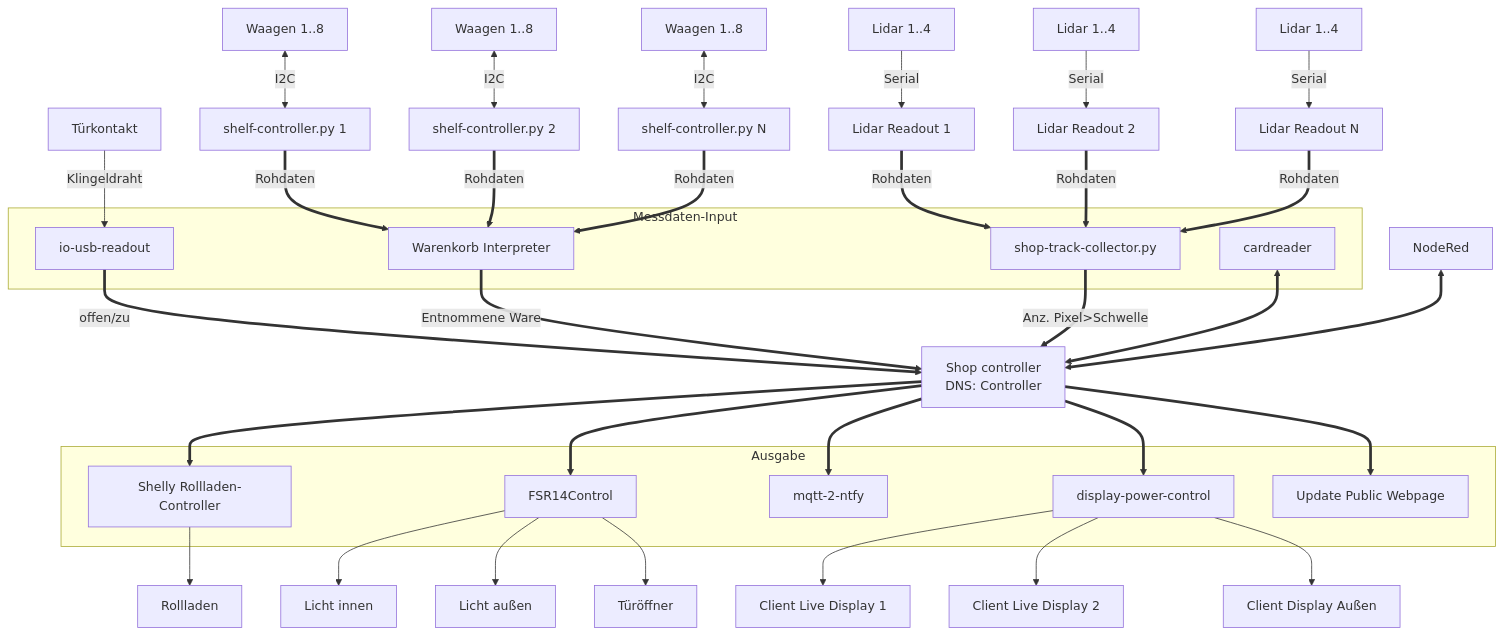
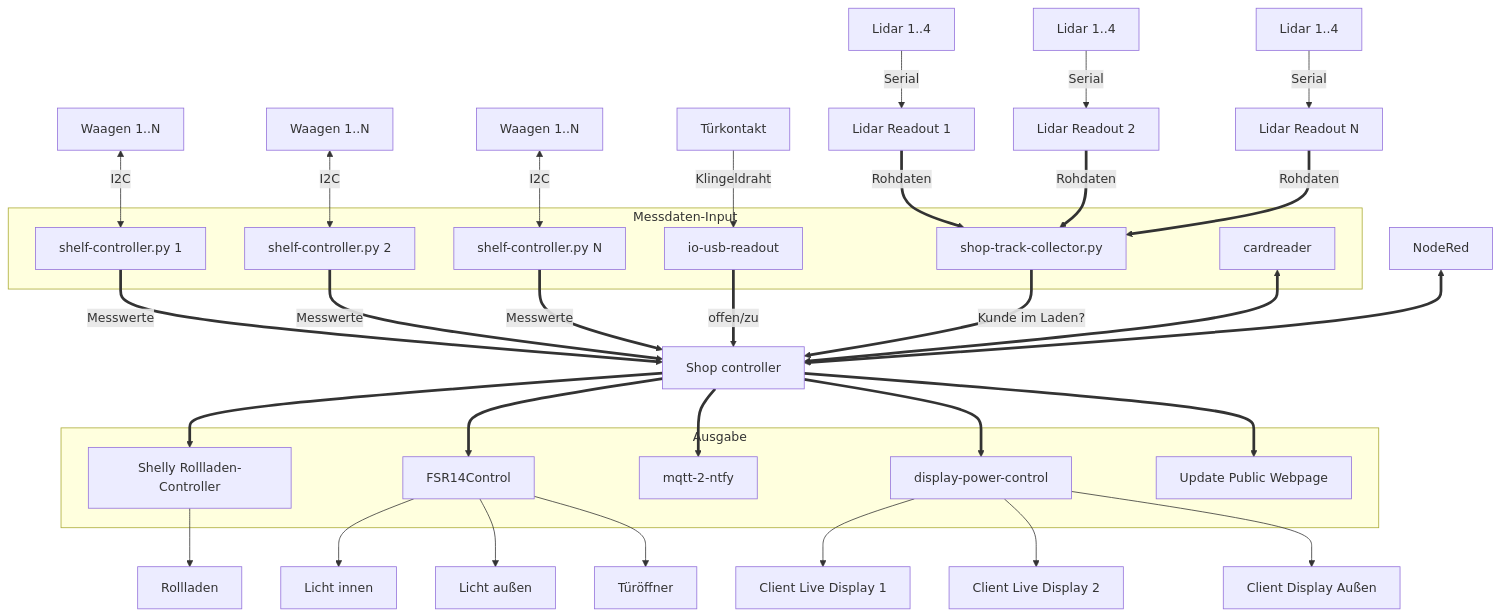
Before and after one commit to pbotte/zeitlos: the diagram in MQTT_Overview.md, drawn with Mermaid.

Commit message:
Doku erweitert

````diff
--- a/MQTT_Overview.md
+++ b/MQTT_Overview.md
@@ -1,69 +1,70 @@
 ```mermaid
 graph TD
-  W1["Waagen 1..8"] <--> |I2C| WC1
-  W2["Waagen 1..8"] <--> |I2C| WC2
-  W3["Waagen 1..8"] <--> |I2C| WCN
-  WC1["shelf-controller.py 1"] ==> |Rohdaten| WI
-  WC2["shelf-controller.py 2"] ==> |Rohdaten| WI
-  WCN["shelf-controller.py N"] ==> |Rohdaten| WI
+  W1["Waagen 1..N"] <--> |I2C| WC1
+  W2["Waagen 1..N"] <--> |I2C| WC2
+  W3["Waagen 1..N"] <--> |I2C| WCN
+
+  WC1["shelf-controller.py 1"] ==> |Messwerte| SC
+  WC2["shelf-controller.py 2"] ==> |Messwerte| SC
+  WCN["shelf-controller.py N"] ==> |Messwerte| SC
 
   L1["Lidar 1..4"] --> |Serial| ST1
   L2["Lidar 1..4"] --> |Serial| ST2
   LN["Lidar 1..4"] --> |Serial| STN
 
   ST1["Lidar Readout 1"] ==> |Rohdaten| STI
   ST2["Lidar Readout 2"] ==> |Rohdaten| STI
   STN["Lidar Readout N"] ==> |Rohdaten| STI
 
   Türkontakt --> |Klingeldraht| IOR
 
-  SC["Shop controller\nDNS: Controller"]
-
+  SC["Shop controller"]
 
 subgraph Messdaten-Input
-  WI["Warenkorb Interpreter"]
+  WC1
+  WC2
+  WCN
   cardreader
   STI["shop-track-collector.py"]
   IOR["io-usb-readout"]
 end
 
 subgraph Ausgabe
   FSR["FSR14Control"]
   DPC["display-power-control"]
 
   MN["mqtt-2-ntfy"]
 
   Shelly["Shelly Rollladen-Controller"]
 
   UW["Update Public Webpage"]
 end
 
   SC ==> Shelly --> Rollladen
  
   IOR ==> |offen/zu| SC
 
   DPC --> CD1
   DPC --> CD2
   DPC --> CDA
 
   CD1["Client Live Display 1"]
   CD2["Client Live Display 2"]
   CDA["Client Display Außen"]
 
   FSR --> LI["Licht innen"]
   FSR --> LA["Licht außen"]
   FSR --> Türöffner
 
-  WI ==> |Entnommene Ware| SC
-  STI ==> |Anz. Pixel>Schwelle| SC
+  STI ==> |Kunde im Laden?| SC
   cardreader <==> SC
 
   SC ==> FSR
   SC ==> DPC
 
   SC ==> MN
 
   SC ==> UW
 
   NR["NodeRed"] <==> SC
 ```
````
